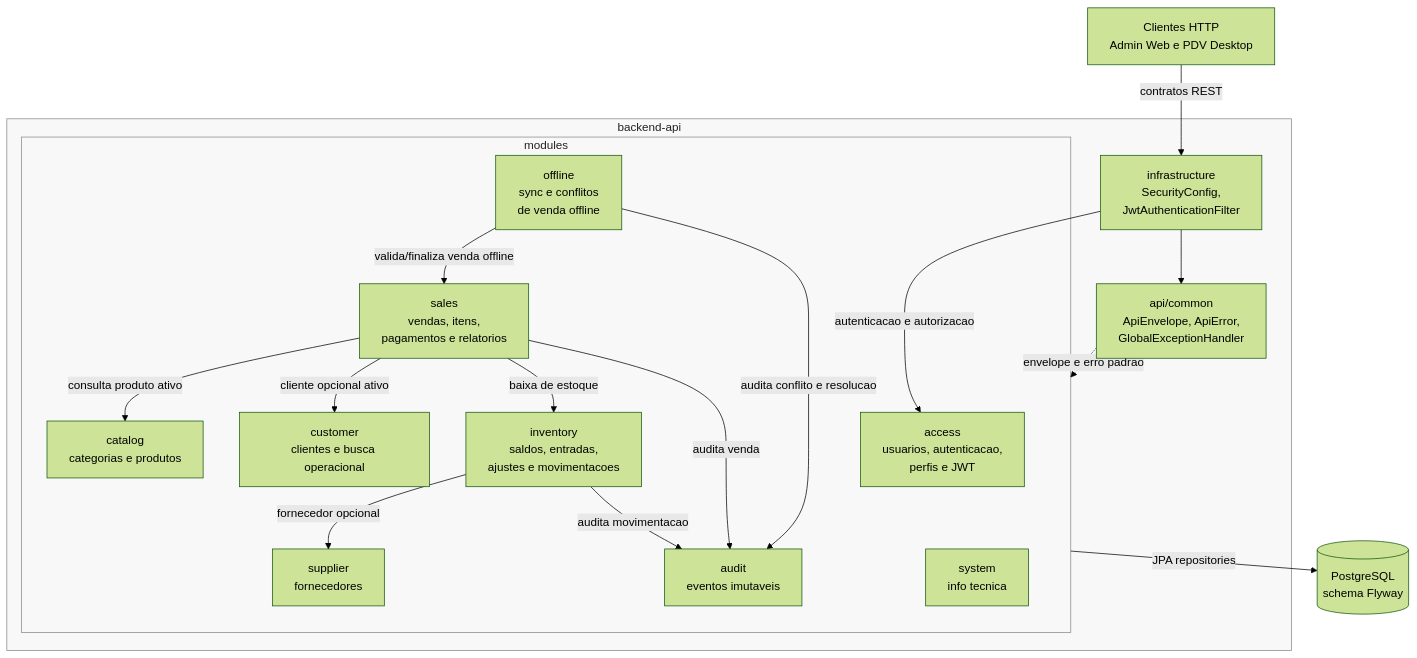
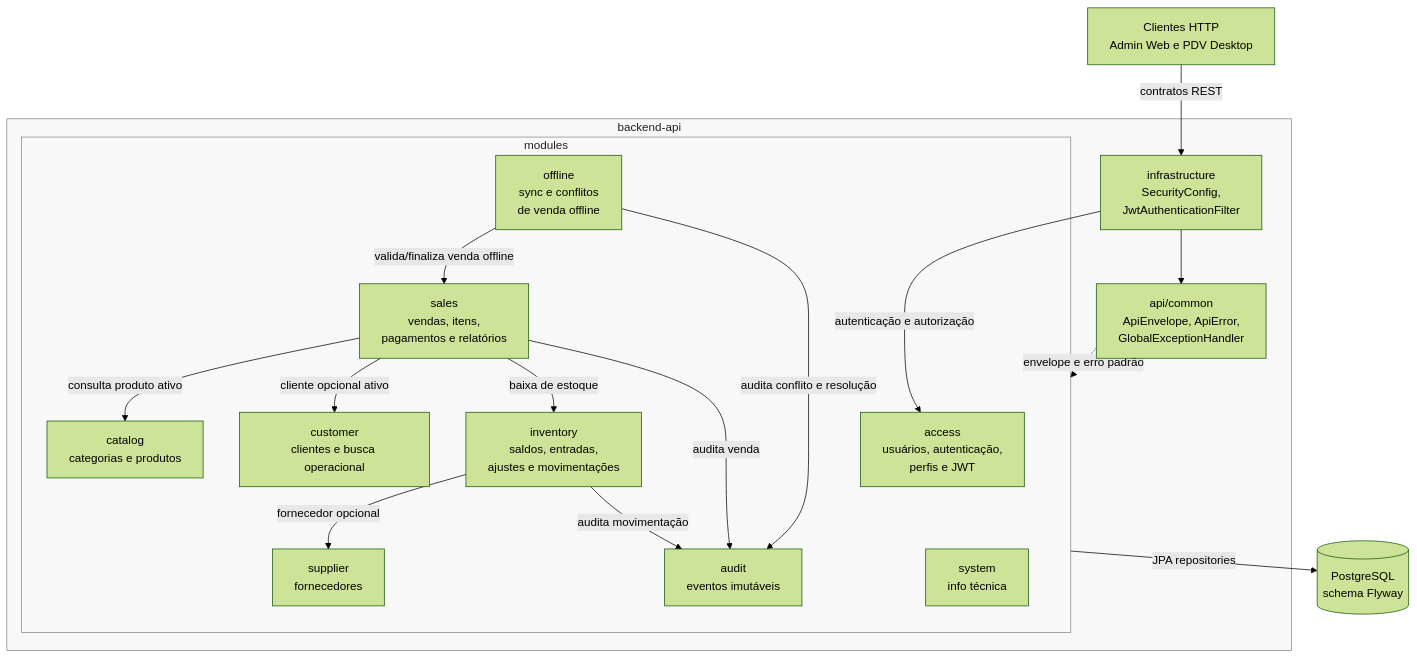
One commit to Fatech-Ypiranga/Mercado-One-Java changed the second of 9 diagrams in docs/diagramas.md. Above: the diagram before and after it, drawn with Mermaid (forest theme). The commit also changed other lines of this file and 27 other files, not shown here.

````diff
--- a/docs/diagramas.md
+++ b/docs/diagramas.md
@@ -48,41 +48,41 @@
 ```mermaid
 flowchart TB
     Client["Clientes HTTP\nAdmin Web e PDV Desktop"]
 
     subgraph Backend["backend-api"]
         Common["api/common\nApiEnvelope, ApiError,\nGlobalExceptionHandler"]
         Infra["infrastructure\nSecurityConfig,\nJwtAuthenticationFilter"]
 
         subgraph Modules["modules"]
-            Access["access\nusuarios, autenticacao,\nperfis e JWT"]
+            Access["access\nusuários, autenticação,\nperfis e JWT"]
             Catalog["catalog\ncategorias e produtos"]
             Customer["customer\nclientes e busca operacional"]
             Supplier["supplier\nfornecedores"]
-            Inventory["inventory\nsaldos, entradas,\najustes e movimentacoes"]
-            Sales["sales\nvendas, itens,\npagamentos e relatorios"]
+            Inventory["inventory\nsaldos, entradas,\najustes e movimentações"]
+            Sales["sales\nvendas, itens,\npagamentos e relatórios"]
             Offline["offline\nsync e conflitos\nde venda offline"]
-            Audit["audit\neventos imutaveis"]
-            System["system\ninfo tecnica"]
+            Audit["audit\neventos imutáveis"]
+            System["system\ninfo técnica"]
         end
     end
 
     Database[("PostgreSQL\nschema Flyway")]
 
     Client -->|"contratos REST"| Infra
-    Infra -->|"autenticacao e autorizacao"| Access
+    Infra -->|"autenticação e autorização"| Access
     Infra --> Common
-    Common -.->|"envelope e erro padrao"| Modules
+    Common -.->|"envelope e erro padrão"| Modules
     Modules -->|"JPA repositories"| Database
 
     Sales -->|"consulta produto ativo"| Catalog
     Sales -->|"cliente opcional ativo"| Customer
     Sales -->|"baixa de estoque"| Inventory
     Sales -->|"audita venda"| Audit
     Inventory -->|"fornecedor opcional"| Supplier
-    Inventory -->|"audita movimentacao"| Audit
+    Inventory -->|"audita movimentação"| Audit
     Offline -->|"valida/finaliza venda offline"| Sales
-    Offline -->|"audita conflito e resolucao"| Audit
+    Offline -->|"audita conflito e resolução"| Audit
 
     classDef boundary fill:#f8f8f8,stroke:#888,color:#222
     class Backend,Modules boundary
 ```
````
